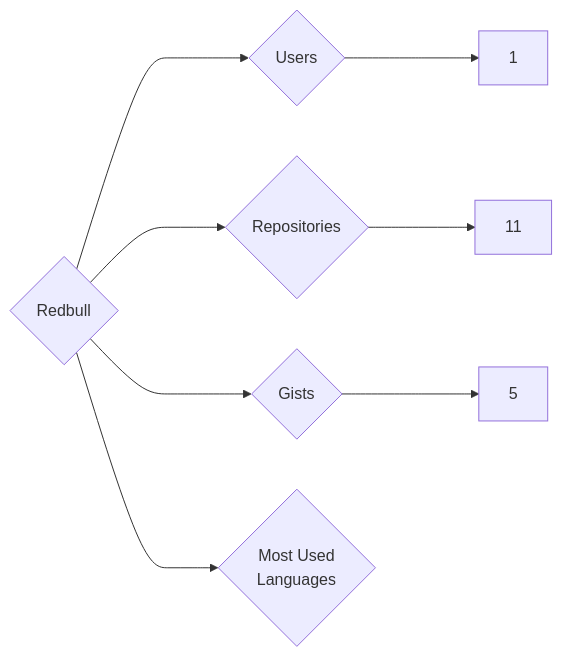
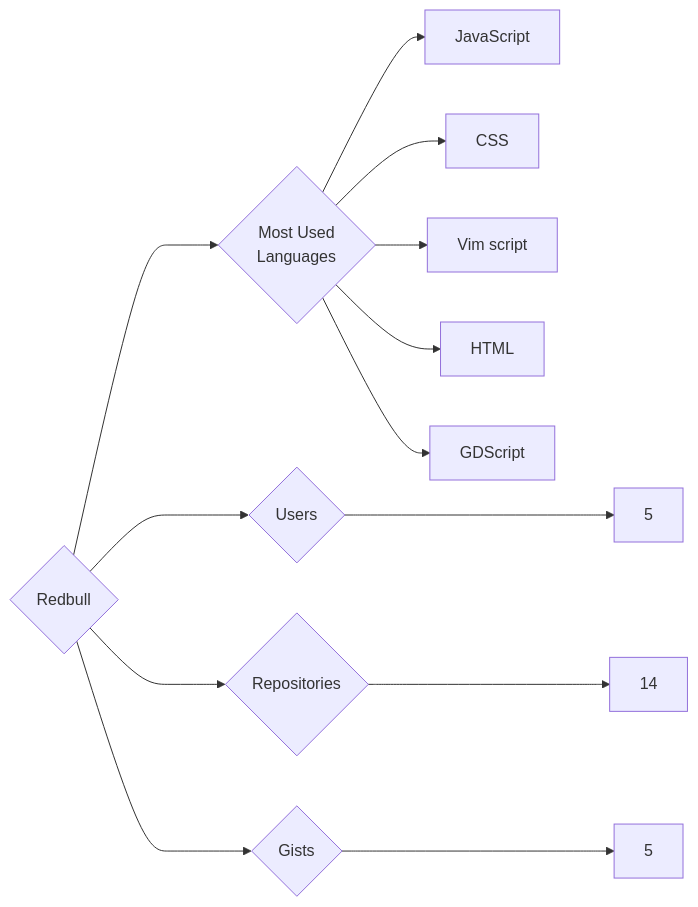
The diagram in targets/Redbull/README.md (trickest/insiders), drawn with Mermaid before and after one commit. The commit also changed 955 other files, not shown here.

````diff
--- a/targets/Redbull/README.md
+++ b/targets/Redbull/README.md
@@ -3,8 +3,13 @@
 ```mermaid
 graph LR
 COMPANY_NAME{Redbull}
-COMPANY_NAME ---> U{Users} ---> UN[1]
-COMPANY_NAME ---> R{Repositories} ---> RN[11]
+COMPANY_NAME ---> U{Users} ---> UN[5]
+COMPANY_NAME ---> R{Repositories} ---> RN[14]
 COMPANY_NAME ---> G{Gists} ---> GN[5]
 COMPANY_NAME ---> ML{Most Used<br>Languages}
+ML --> JavaScript[JavaScript]
+ML --> CSS[CSS]
+ML --> Vim_script[Vim script]
+ML --> HTML[HTML]
+ML --> GDScript[GDScript]
 ```
````
